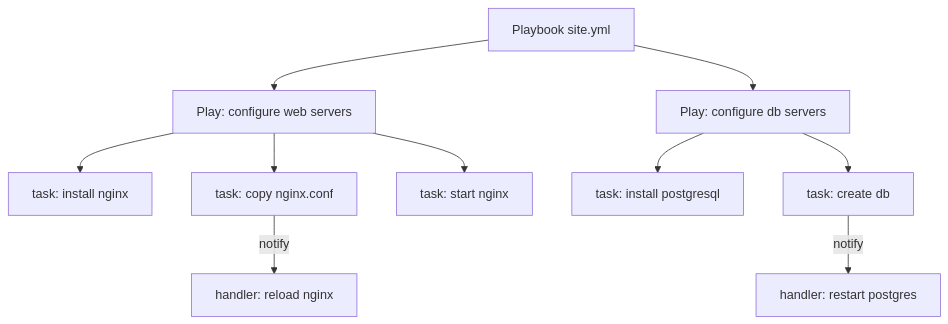
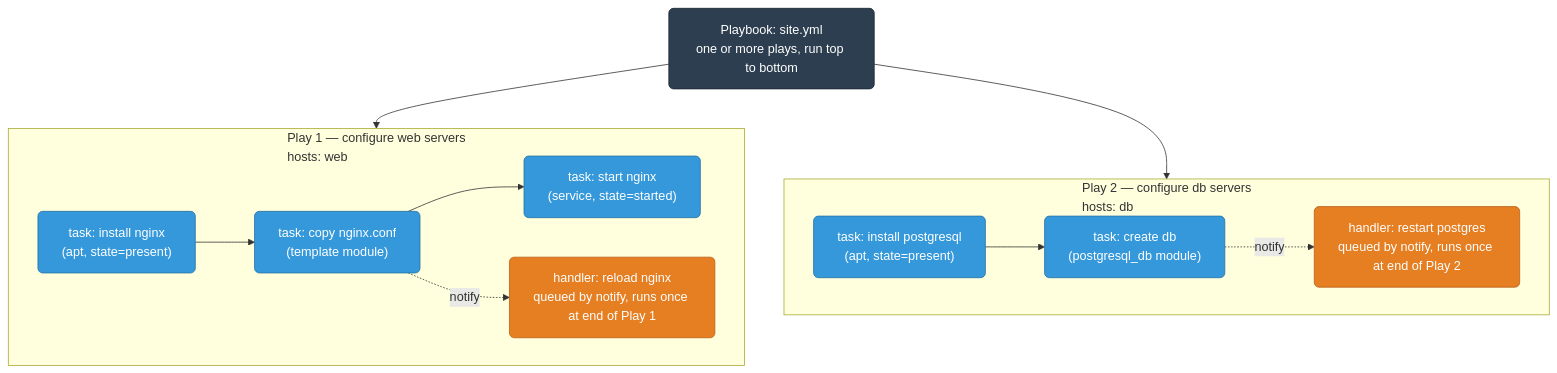
One commit to deepanshu-rawat6/DevOpsIndex changed the second of 2 diagrams in iac/ansible/core-concepts.md. Above: the diagram before and after it, drawn with Mermaid. The commit also changed other lines of this file and 17 other files, not shown here.

````diff
--- a/iac/ansible/core-concepts.md
+++ b/iac/ansible/core-concepts.md
@@ -105,12 +136,28 @@
 ```mermaid
 graph TD
-    PB[Playbook site.yml] --> P1[Play: configure web servers]
-    PB --> P2[Play: configure db servers]
-    P1 --> T1[task: install nginx]
-    P1 --> T2[task: copy nginx.conf]
-    P1 --> T3[task: start nginx]
-    P2 --> T4[task: install postgresql]
-    P2 --> T5[task: create db]
-    T2 -->|notify| H1[handler: reload nginx]
-    T5 -->|notify| H2[handler: restart postgres]
+    classDef playbook fill:#2c3e50,stroke:#1a252f,color:#fff,rx:6
+    classDef task fill:#3498db,stroke:#2471a3,color:#fff,rx:6
+    classDef handler fill:#e67e22,stroke:#ba6018,color:#fff,rx:6
+
+    PB["Playbook: site.yml<br/>one or more plays, run top to bottom"]:::playbook
+
+    subgraph PLAY1["Play 1 — configure web servers<br/>hosts: web"]
+        T1["task: install nginx<br/>(apt, state=present)"]:::task
+        T2["task: copy nginx.conf<br/>(template module)"]:::task
+        T3["task: start nginx<br/>(service, state=started)"]:::task
+        H1["handler: reload nginx<br/>queued by notify, runs once at end of Play 1"]:::handler
+        T1 --> T2 --> T3
+    end
+
+    subgraph PLAY2["Play 2 — configure db servers<br/>hosts: db"]
+        T4["task: install postgresql<br/>(apt, state=present)"]:::task
+        T5["task: create db<br/>(postgresql_db module)"]:::task
+        H2["handler: restart postgres<br/>queued by notify, runs once at end of Play 2"]:::handler
+        T4 --> T5
+    end
+
+    PB --> PLAY1
+    PB --> PLAY2
+    T2 -.->|notify| H1
+    T5 -.->|notify| H2
 ```
````
